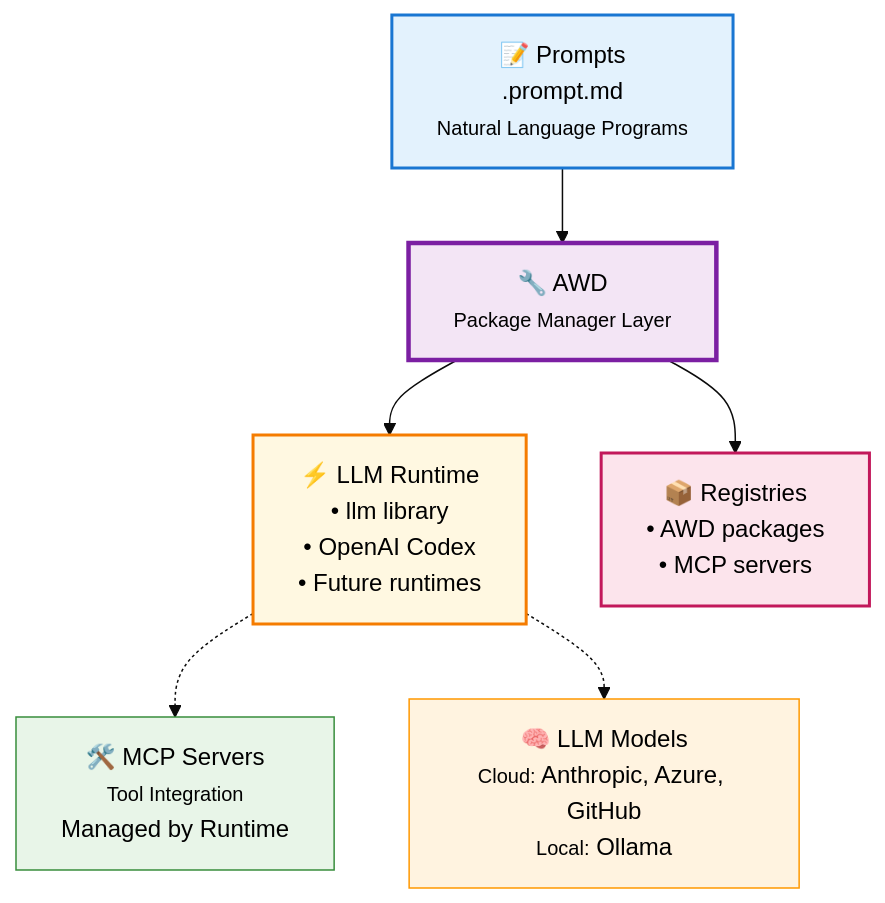
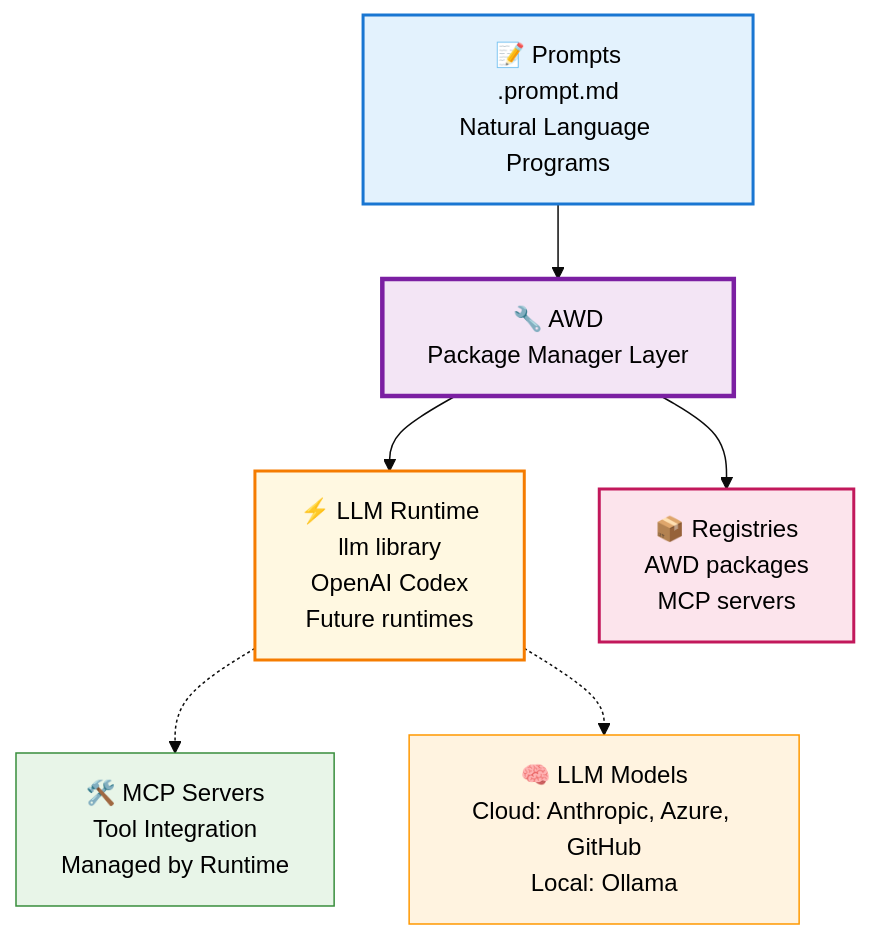
Before and after one commit to danielmeppiel/apm-cli: the diagram in README.md, drawn with Mermaid (base theme).

Commit message:
fix: Improve diagram formatting in README for clarity and consistency

````diff
--- a/README.md
+++ b/README.md
@@ -151,16 +151,16 @@
 ```mermaid
 graph TD
-    A["📝 Prompts<br/>.prompt.md<br/><small>Natural Language Programs</small>"] --> B["🔧 AWD<br/><small>Package Manager Layer</small>"]
-    B --> D["⚡ LLM Runtime<br/>• llm library<br/>• OpenAI Codex<br/>• Future runtimes"]
-    B --> E["📦 Registries<br/>• AWD packages<br/>• MCP servers"]
+    A["📝 Prompts<br/>.prompt.md<br/>Natural Language Programs"] --> B["🔧 AWD<br/>Package Manager Layer"]
+    B --> D["⚡ LLM Runtime<br/>llm library<br/>OpenAI Codex<br/>Future runtimes"]
+    B --> E["📦 Registries<br/>AWD packages<br/>MCP servers"]
     
-    D -.-> F["🛠️ MCP Servers<br/><small>Tool Integration</small><br/>Managed by Runtime"]
-    D -.-> G["🧠 LLM Models<br/><small>Cloud:</small> Anthropic, Azure, GitHub<br/><small>Local:</small> Ollama"]
+    D -.-> F["🛠️ MCP Servers<br/>Tool Integration<br/>Managed by Runtime"]
+    D -.-> G["🧠 LLM Models<br/>Cloud: Anthropic, Azure, GitHub<br/>Local: Ollama"]
     
     style A fill:#e3f2fd,stroke:#1976d2,stroke-width:2px,color:#000
     style B fill:#f3e5f5,stroke:#7b1fa2,stroke-width:3px,color:#000
     style D fill:#fff8e1,stroke:#f57c00,stroke-width:2px,color:#000
     style E fill:#fce4ec,stroke:#c2185b,stroke-width:2px,color:#000
     style F fill:#e8f5e8,stroke:#388e3c,stroke-width:1px,color:#000
     style G fill:#fff3e0,stroke:#ff9800,stroke-width:1px,color:#000
 ```
````
